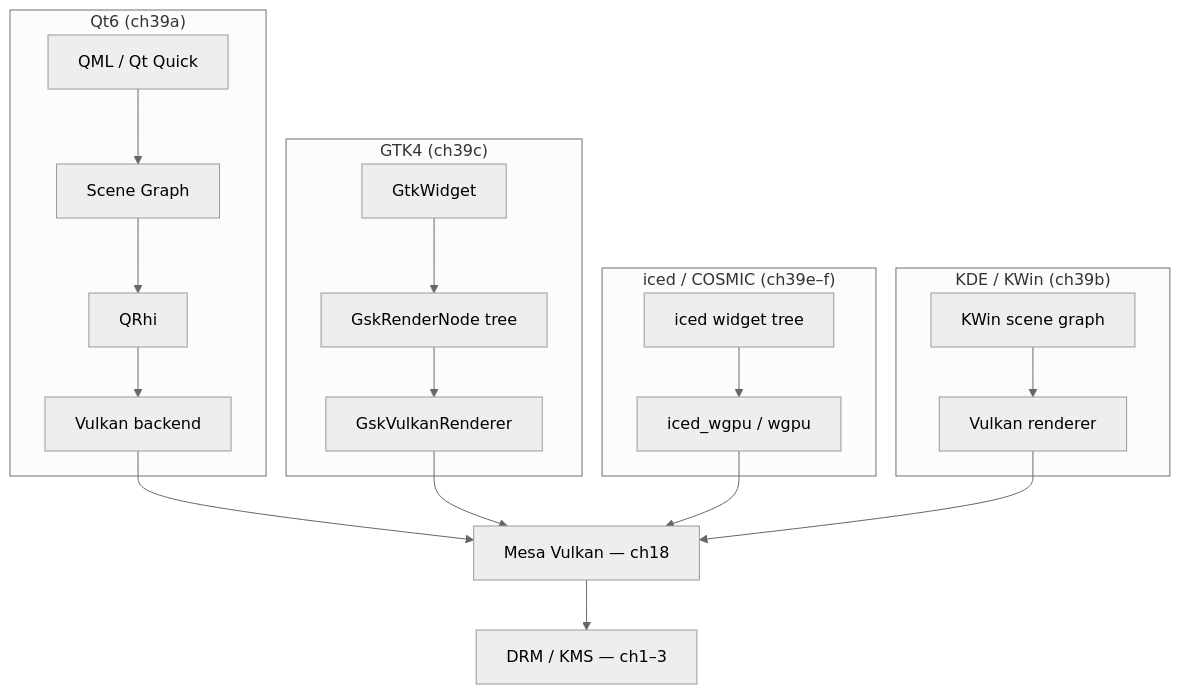
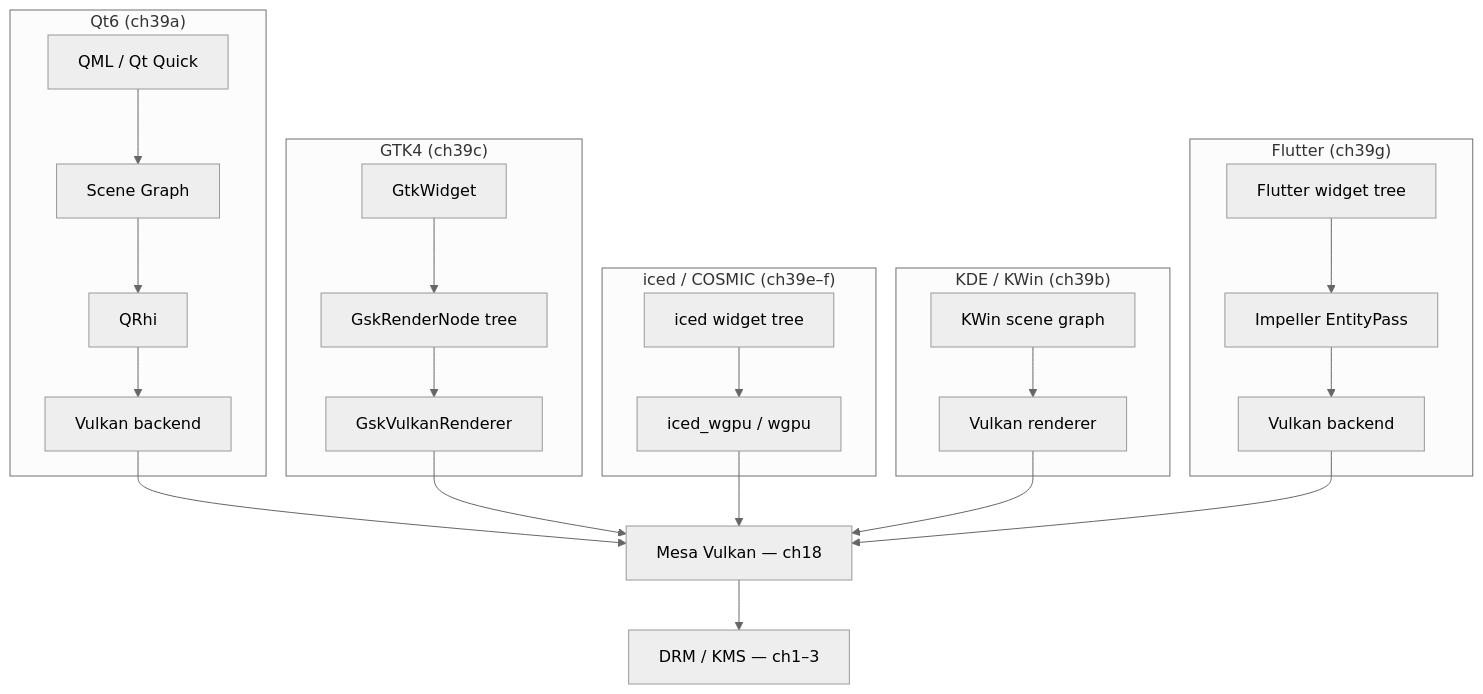
Before and after one commit to jreuben11/linux-graphics-stack-book: the diagram in chapters/part-07c-desktop-frameworks/part-intro.md, drawn with Mermaid (neutral theme). The commit also changed other lines of this file and 8 other files, not shown here.

````diff
--- a/chapters/part-07c-desktop-frameworks/part-intro.md
+++ b/chapters/part-07c-desktop-frameworks/part-intro.md
@@ -41,28 +42,34 @@
 ```mermaid
 graph TB
     subgraph "Qt6 (ch39a)"
         QML[QML / Qt Quick] --> SG[Scene Graph]
         SG --> QRHI[QRhi]
         QRHI --> QVULKAN[Vulkan backend]
     end
 
     subgraph "GTK4 (ch39c)"
         GTKW[GtkWidget] --> GSK[GskRenderNode tree]
         GSK --> GSKVK[GskVulkanRenderer]
     end
 
     subgraph "iced / COSMIC (ch39e–f)"
         ICE[iced widget tree] --> WGPU[iced_wgpu / wgpu]
     end
 
+    subgraph "Flutter (ch39g)"
+        DART[Flutter widget tree] --> IMPELLER[Impeller EntityPass]
+        IMPELLER --> FLVK[Vulkan backend]
+    end
+
     subgraph "KDE / KWin (ch39b)"
         KWIN[KWin scene graph] --> KWINVK[Vulkan renderer]
     end
 
     QVULKAN --> MESA[Mesa Vulkan — ch18]
     GSKVK --> MESA
     WGPU --> MESA
     KWINVK --> MESA
+    FLVK --> MESA
 
     MESA --> DRM[DRM / KMS — ch1–3]
 ```
````
